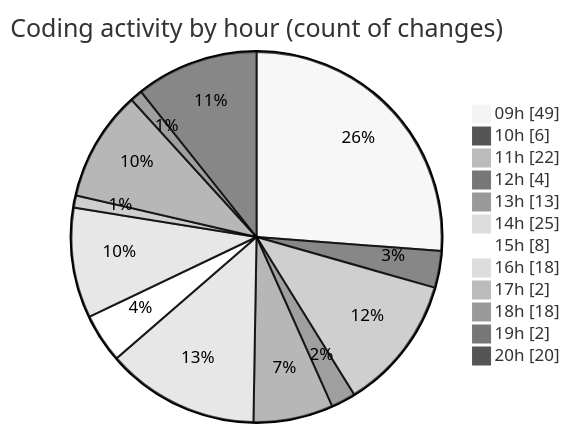
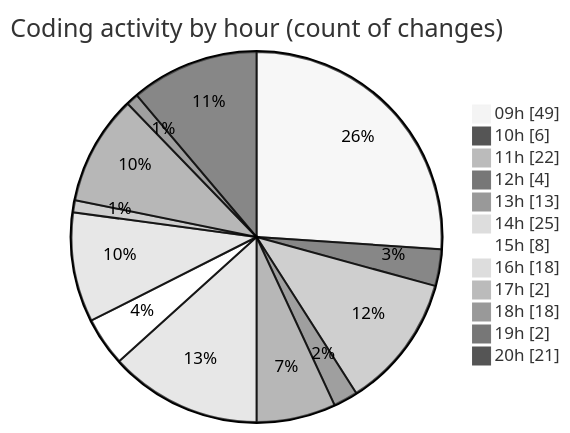
The second of 2 diagrams in 2026-06-17/cda/README.md (momahboobian/code-tracking), drawn with Mermaid (neutral theme) before and after one commit. The commit also changed other lines of this file and 1 other file, not shown here.

````diff
--- a/2026-06-17/cda/README.md
+++ b/2026-06-17/cda/README.md
@@ -71,16 +71,16 @@
 ```mermaid
 pie showData
 title Coding activity by hour (count of changes)
 "09h" : 49
 "10h" : 6
 "11h" : 22
 "12h" : 4
 "13h" : 13
 "14h" : 25
 "15h" : 8
 "16h" : 18
 "17h" : 2
 "18h" : 18
 "19h" : 2
-"20h" : 20
+"20h" : 21
 ```
````
